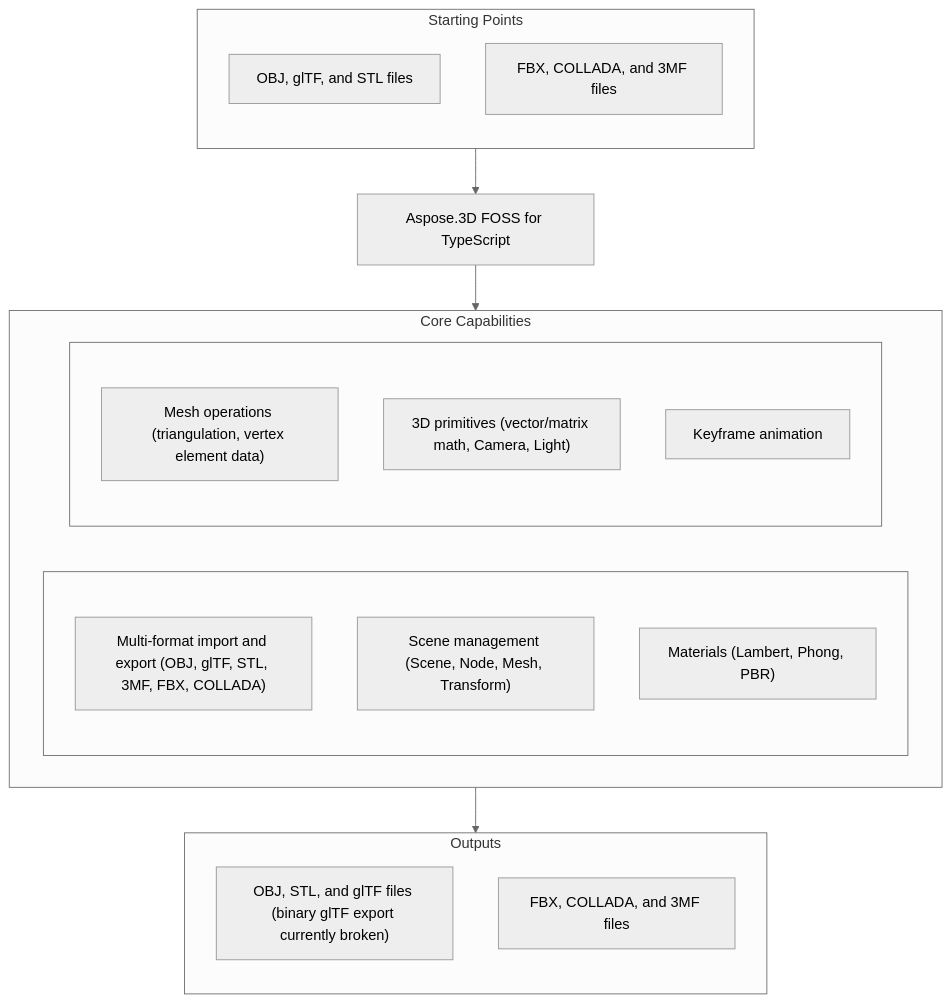
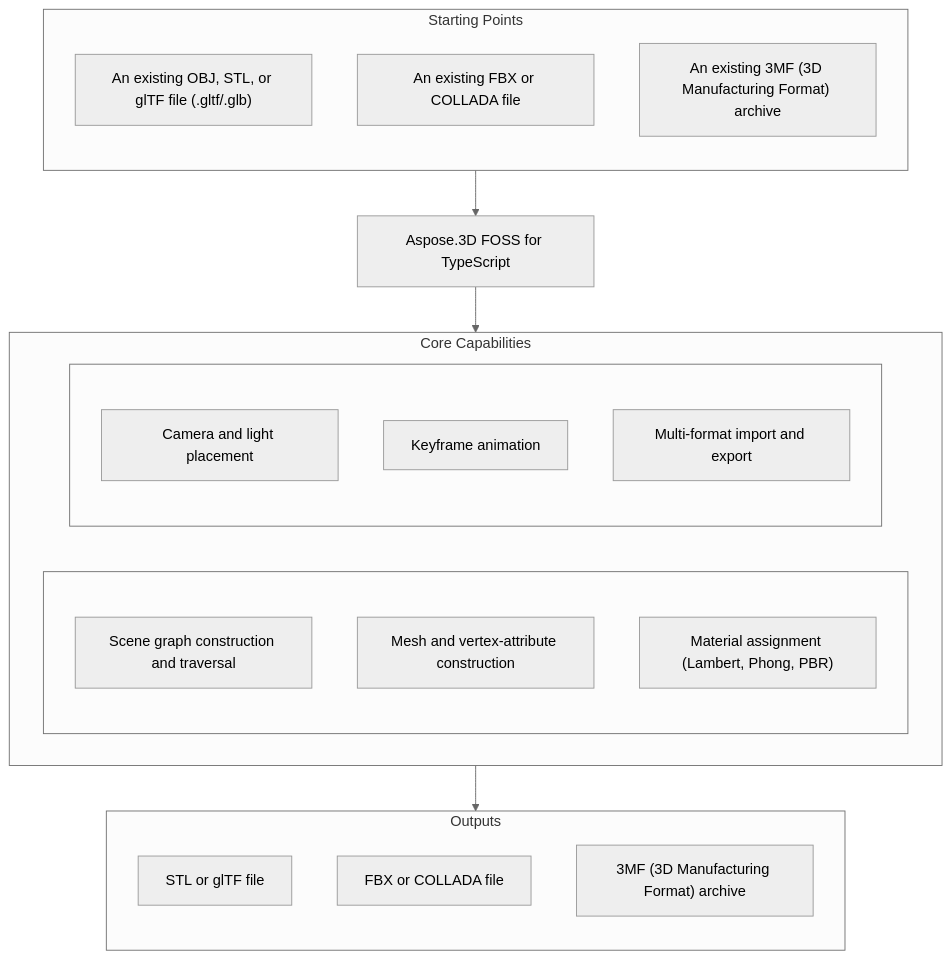
Before and after one commit to aspose-3d-foss/Aspose.3D-FOSS-for-TypeScript: the diagram in README.md, drawn with Mermaid (neutral theme). The commit also changed other lines of this file, not shown here.

````diff
--- a/README.md
+++ b/README.md
@@ -27,30 +30,32 @@
 ```mermaid
 flowchart TD
   subgraph StartingPoints["Starting Points"]
     direction TB
-    sp1["OBJ, glTF, and STL files"]
-    sp2["FBX, COLLADA, and 3MF files"]
+    i1["An existing OBJ, STL, or glTF file (.gltf/.glb)"]
+    i2["An existing FBX or COLLADA file"]
+    i3["An existing 3MF (3D Manufacturing Format) archive"]
   end
   PRODUCT["Aspose.3D FOSS for TypeScript"]
   subgraph Capabilities["Core Capabilities"]
     direction LR
     subgraph capl[" "]
       direction TB
-      c1["Multi-format import and export (OBJ, glTF, STL, 3MF, FBX, COLLADA)"]
-      c2["Scene management (Scene, Node, Mesh, Transform)"]
-      c3["Materials (Lambert, Phong, PBR)"]
+      c1["Scene graph construction and traversal"]
+      c2["Mesh and vertex-attribute construction"]
+      c3["Material assignment (Lambert, Phong, PBR)"]
     end
     subgraph capr[" "]
       direction TB
-      c4["Mesh operations (triangulation, vertex element data)"]
-      c5["3D primitives (vector/matrix math, Camera, Light)"]
-      c6["Keyframe animation"]
+      c4["Camera and light placement"]
+      c5["Keyframe animation"]
+      c6["Multi-format import and export"]
     end
   end
   subgraph Outputs["Outputs"]
     direction TB
-    o1["OBJ, STL, and glTF files (binary glTF export currently broken)"]
-    o2["FBX, COLLADA, and 3MF files"]
+    o1["STL or glTF file"]
+    o2["FBX or COLLADA file"]
+    o3["3MF (3D Manufacturing Format) archive"]
   end
   StartingPoints --> PRODUCT --> Capabilities --> Outputs
 ```
````
